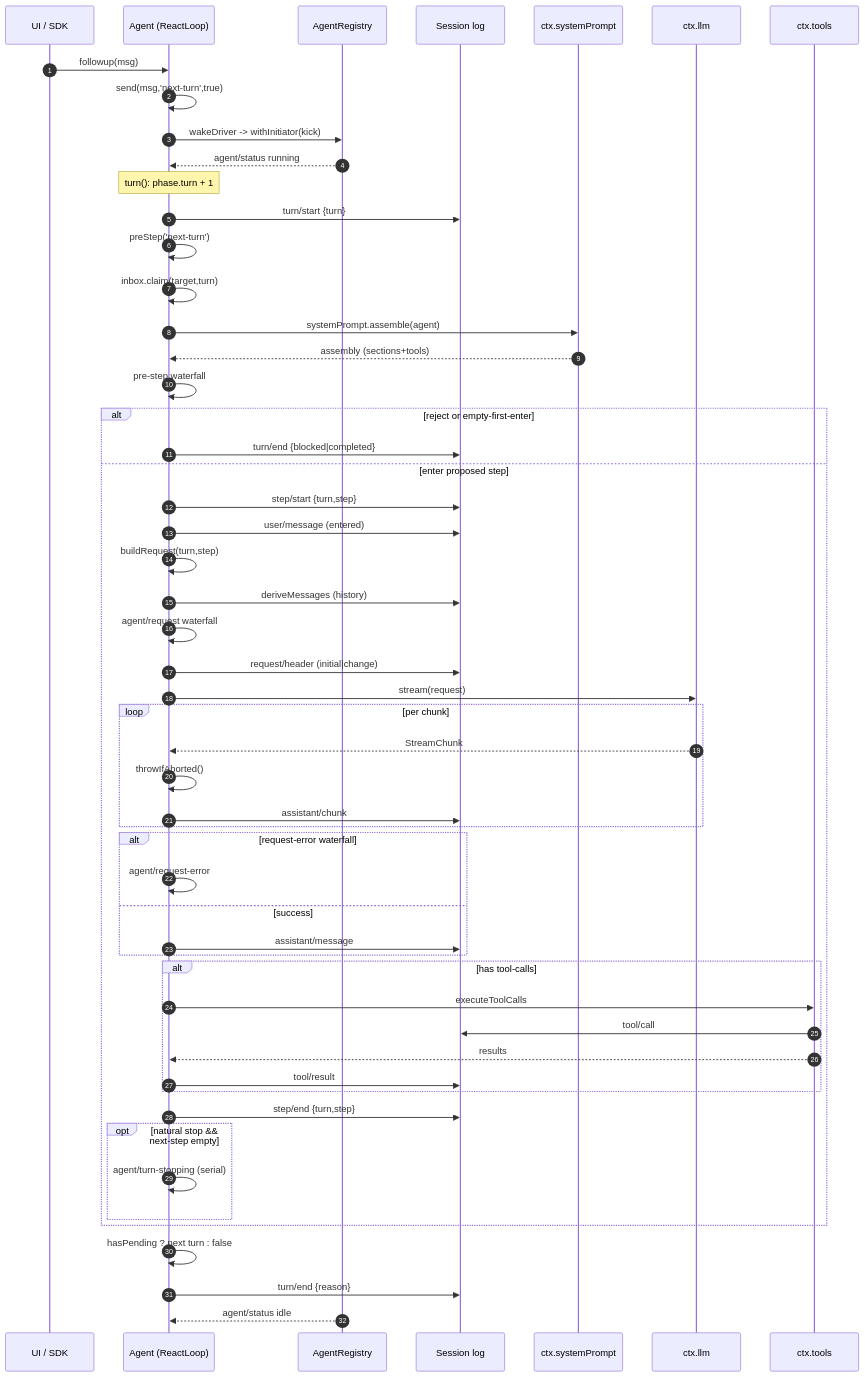
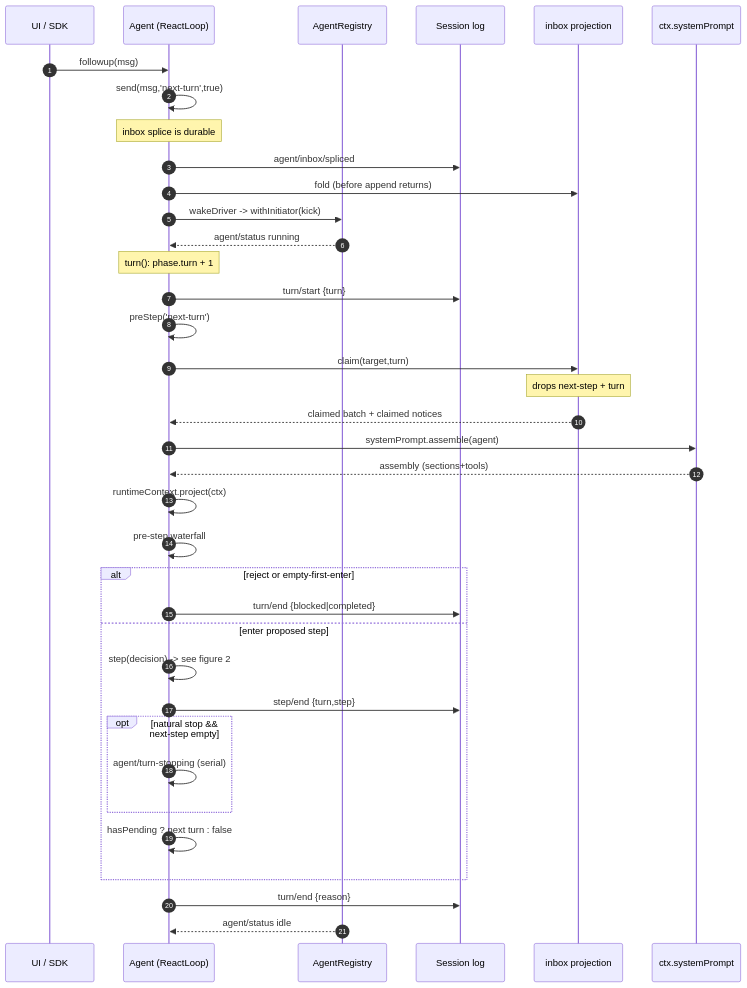
The first of 2 diagrams in ai-agent/deepseek-harness/agent-loop-runtime.md (morehao/oss-insights), drawn with Mermaid before and after one commit. The commit also changed other lines of this file and 27 other files, not shown here.

````diff
--- a/ai-agent/deepseek-harness/agent-loop-runtime.md
+++ b/ai-agent/deepseek-harness/agent-loop-runtime.md
@@ -150,57 +270,40 @@
 ```mermaid
 sequenceDiagram
   autonumber
   participant U as UI / SDK
   participant A as Agent (ReactLoop)
   participant R as AgentRegistry
   participant S as Session log
+  participant PJ as inbox projection
   participant P as ctx.systemPrompt
-  participant L as ctx.llm
-  participant T as ctx.tools
 
   U->>A: followup(msg)
   A->>A: send(msg,'next-turn',true)
+  Note over A: inbox splice is durable
+  A->>S: agent/inbox/spliced
+  A->>PJ: fold (before append returns)
   A->>R: wakeDriver -> withInitiator(kick)
   R-->>A: agent/status running
   Note over A: turn(): phase.turn + 1
   A->>S: turn/start {turn}
   A->>A: preStep('next-turn')
-  A->>A: inbox.claim(target,turn)
+  A->>PJ: claim(target,turn)
+  Note over PJ: drops next-step + turn
+  PJ-->>A: claimed batch + claimed notices
   A->>P: systemPrompt.assemble(agent)
   P-->>A: assembly (sections+tools)
+  A->>A: runtimeContext.project(ctx)
   A->>A: pre-step waterfall
   alt reject or empty-first-enter
     A->>S: turn/end {blocked|completed}
   else enter proposed step
-    A->>S: step/start {turn,step}
-    A->>S: user/message (entered)
-    A->>A: buildRequest(turn,step)
-    A->>S: deriveMessages (history)
-    A->>A: agent/request waterfall
-    A->>S: request/header (initial|change)
-    A->>L: stream(request)
-    loop per chunk
-      L-->>A: StreamChunk
-      A->>A: throwIfAborted()
-      A->>S: assistant/chunk
-    end
-    alt request-error waterfall
-      A->>A: agent/request-error
-    else success
-      A->>S: assistant/message
-    end
-    alt has tool-calls
-      A->>T: executeToolCalls
-      T->>S: tool/call
-      T-->>A: results
-      A->>S: tool/result
-    end
+    A->>A: step(decision) -> see figure 2
     A->>S: step/end {turn,step}
     opt natural stop && next-step empty
       A->>A: agent/turn-stopping (serial)
     end
+    A->>A: hasPending ? next turn : false
   end
-  A->>A: hasPending ? next turn : false
   A->>S: turn/end {reason}
   R-->>A: agent/status idle
 ```
````
